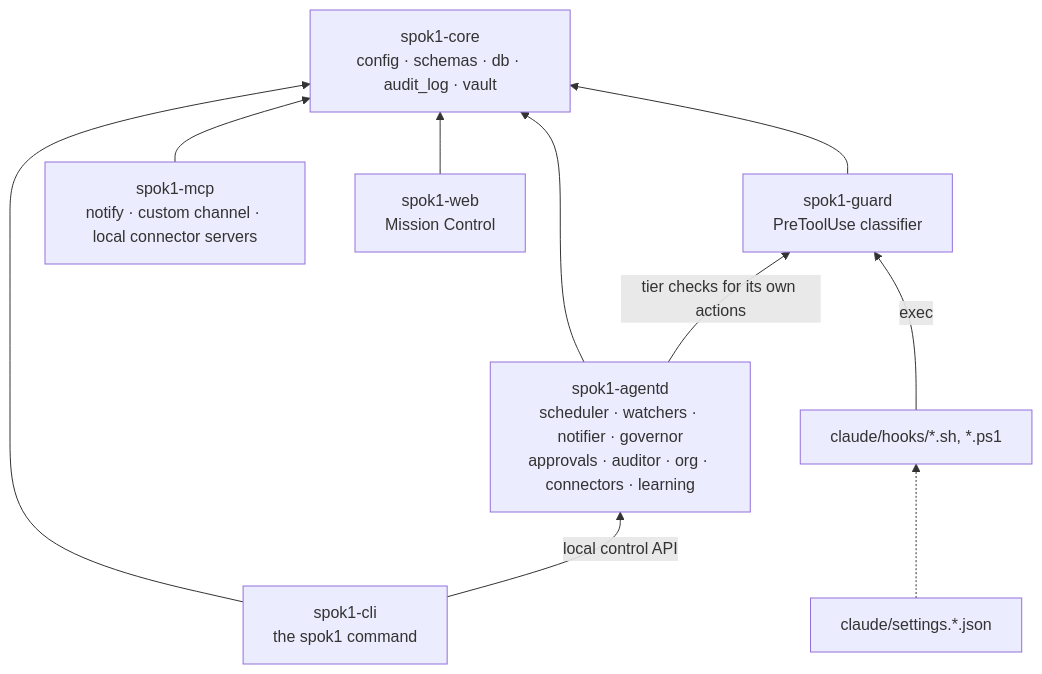
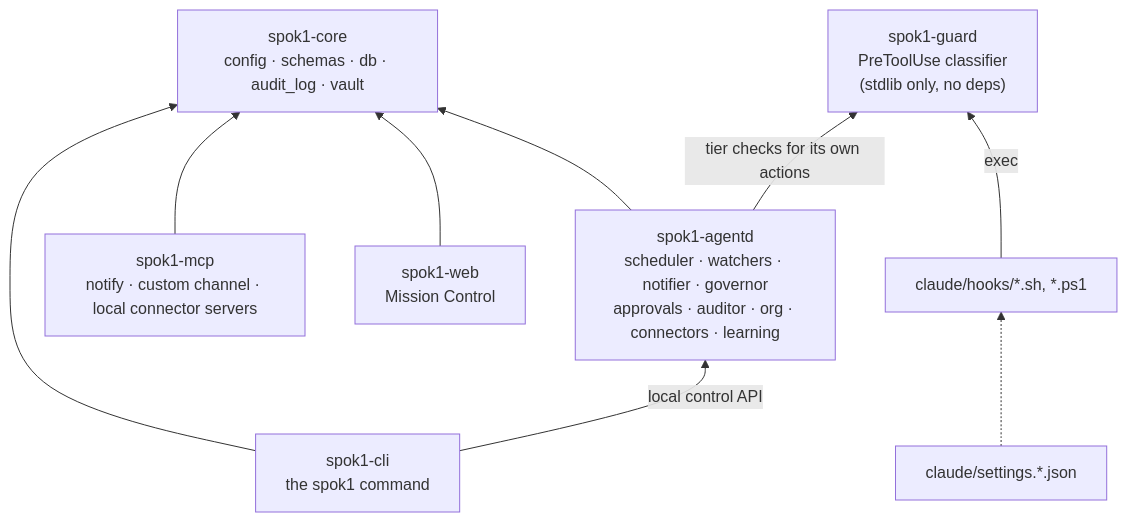
Diagram 21 of 21 in docs/architecture.md (creed-online/spok1), drawn with Mermaid before and after one commit. The commit also changed other lines of this file and 36 other files, not shown here.

````diff
--- a/docs/architecture.md
+++ b/docs/architecture.md
@@ -681,20 +681,19 @@
 ```mermaid
 flowchart BT
     CORE["spok1-core<br/>config · schemas · db · audit_log · vault"]
-    GUARD["spok1-guard<br/>PreToolUse classifier"]
+    GUARD["spok1-guard<br/>PreToolUse classifier<br/>(stdlib only, no deps)"]
     AGENTD["spok1-agentd<br/>scheduler · watchers · notifier · governor<br/>approvals · auditor · org · connectors · learning"]
     MCP["spok1-mcp<br/>notify · custom channel · local connector servers"]
     WEB["spok1-web<br/>Mission Control"]
     CLI["spok1-cli<br/>the spok1 command"]
 
-    GUARD --> CORE
     AGENTD --> CORE
     MCP --> CORE
     WEB --> CORE
     CLI --> CORE
     AGENTD -->|"tier checks for its own actions"| GUARD
     CLI -->|"local control API"| AGENTD
 
     HOOKS["claude/hooks/*.sh, *.ps1"] -->|"exec"| GUARD
     SETTINGS["claude/settings.*.json"] -.-> HOOKS
 ```
````
